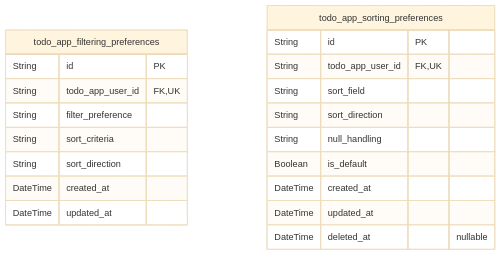
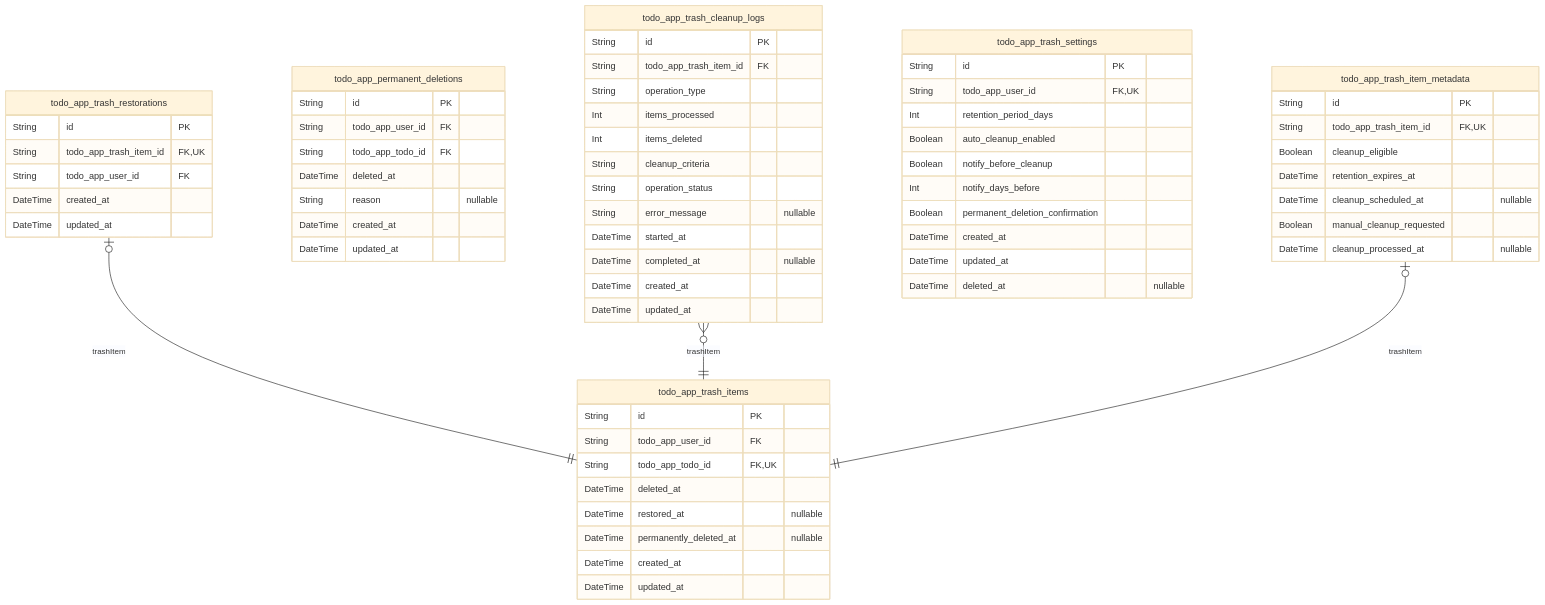
One commit to wrtnlabs/autobe-examples changed the fifth of 5 diagrams in deepseek/deepseek-v3.1-terminus-exacto/todo/docs/ERD.md. Above: the diagram before and after it, drawn with Mermaid (base theme). The commit also changed other lines of this file and 11104 other files, not shown here.

````diff
--- a/deepseek/deepseek-v3.1-terminus-exacto/todo/docs/ERD.md
+++ b/deepseek/deepseek-v3.1-terminus-exacto/todo/docs/ERD.md
@@ -1365,23 +1834,67 @@
 ```mermaid
 erDiagram
-"todo_app_filtering_preferences" {
+"todo_app_trash_items" {
   String id PK
-  String todo_app_user_id FK,UK
-  String filter_preference
-  String sort_criteria
-  String sort_direction
+  String todo_app_user_id FK
+  String todo_app_todo_id FK,UK
+  DateTime deleted_at
+  DateTime restored_at "nullable"
+  DateTime permanently_deleted_at "nullable"
   DateTime created_at
   DateTime updated_at
 }
-"todo_app_sorting_preferences" {
+"todo_app_trash_restorations" {
+  String id PK
+  String todo_app_trash_item_id FK,UK
+  String todo_app_user_id FK
+  DateTime created_at
+  DateTime updated_at
+}
+"todo_app_permanent_deletions" {
+  String id PK
+  String todo_app_user_id FK
+  String todo_app_todo_id FK
+  DateTime deleted_at
+  String reason "nullable"
+  DateTime created_at
+  DateTime updated_at
+}
+"todo_app_trash_cleanup_logs" {
+  String id PK
+  String todo_app_trash_item_id FK
+  String operation_type
+  Int items_processed
+  Int items_deleted
+  String cleanup_criteria
+  String operation_status
+  String error_message "nullable"
+  DateTime started_at
+  DateTime completed_at "nullable"
+  DateTime created_at
+  DateTime updated_at
+}
+"todo_app_trash_settings" {
   String id PK
   String todo_app_user_id FK,UK
-  String sort_field
-  String sort_direction
-  String null_handling
-  Boolean is_default
+  Int retention_period_days
+  Boolean auto_cleanup_enabled
+  Boolean notify_before_cleanup
+  Int notify_days_before
+  Boolean permanent_deletion_confirmation
   DateTime created_at
   DateTime updated_at
   DateTime deleted_at "nullable"
 }
+"todo_app_trash_item_metadata" {
+  String id PK
+  String todo_app_trash_item_id FK,UK
+  Boolean cleanup_eligible
+  DateTime retention_expires_at
+  DateTime cleanup_scheduled_at "nullable"
+  Boolean manual_cleanup_requested
+  DateTime cleanup_processed_at "nullable"
+}
+"todo_app_trash_restorations" |o--|| "todo_app_trash_items" : trashItem
+"todo_app_trash_cleanup_logs" }o--|| "todo_app_trash_items" : trashItem
+"todo_app_trash_item_metadata" |o--|| "todo_app_trash_items" : trashItem
 ```
````
